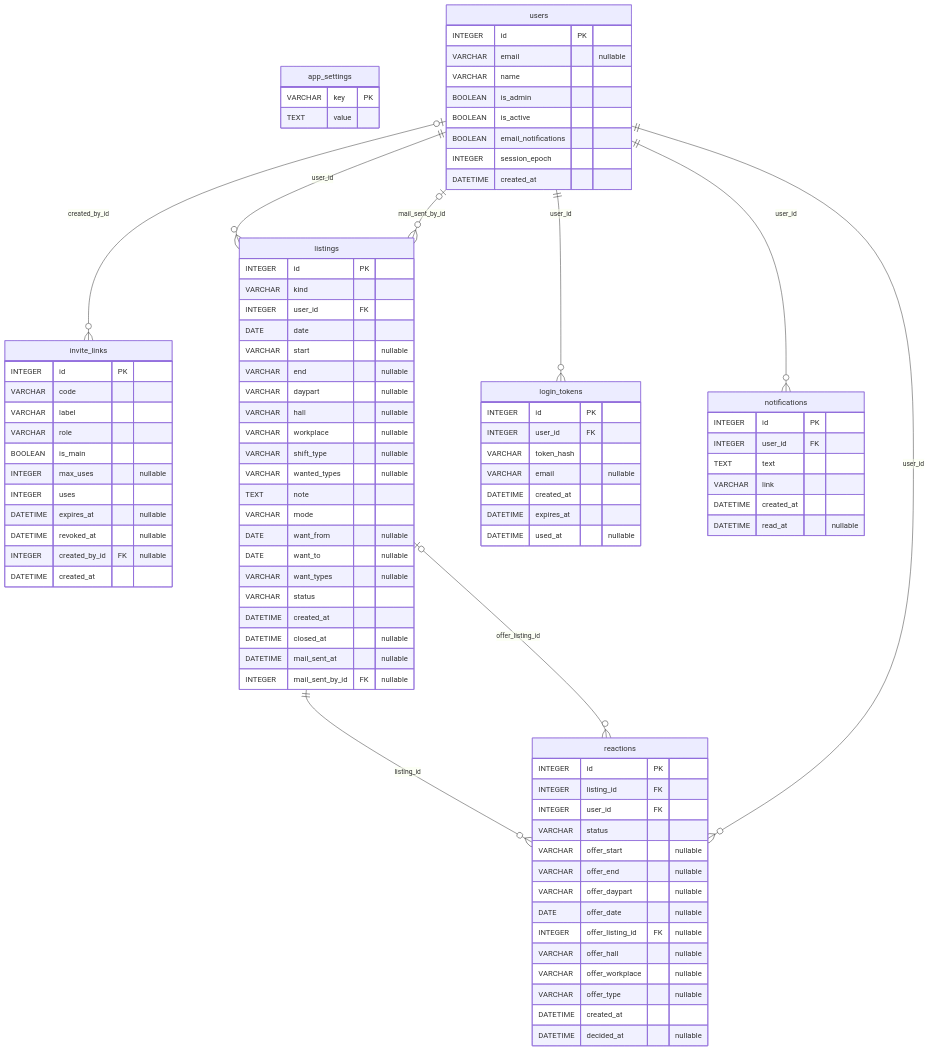
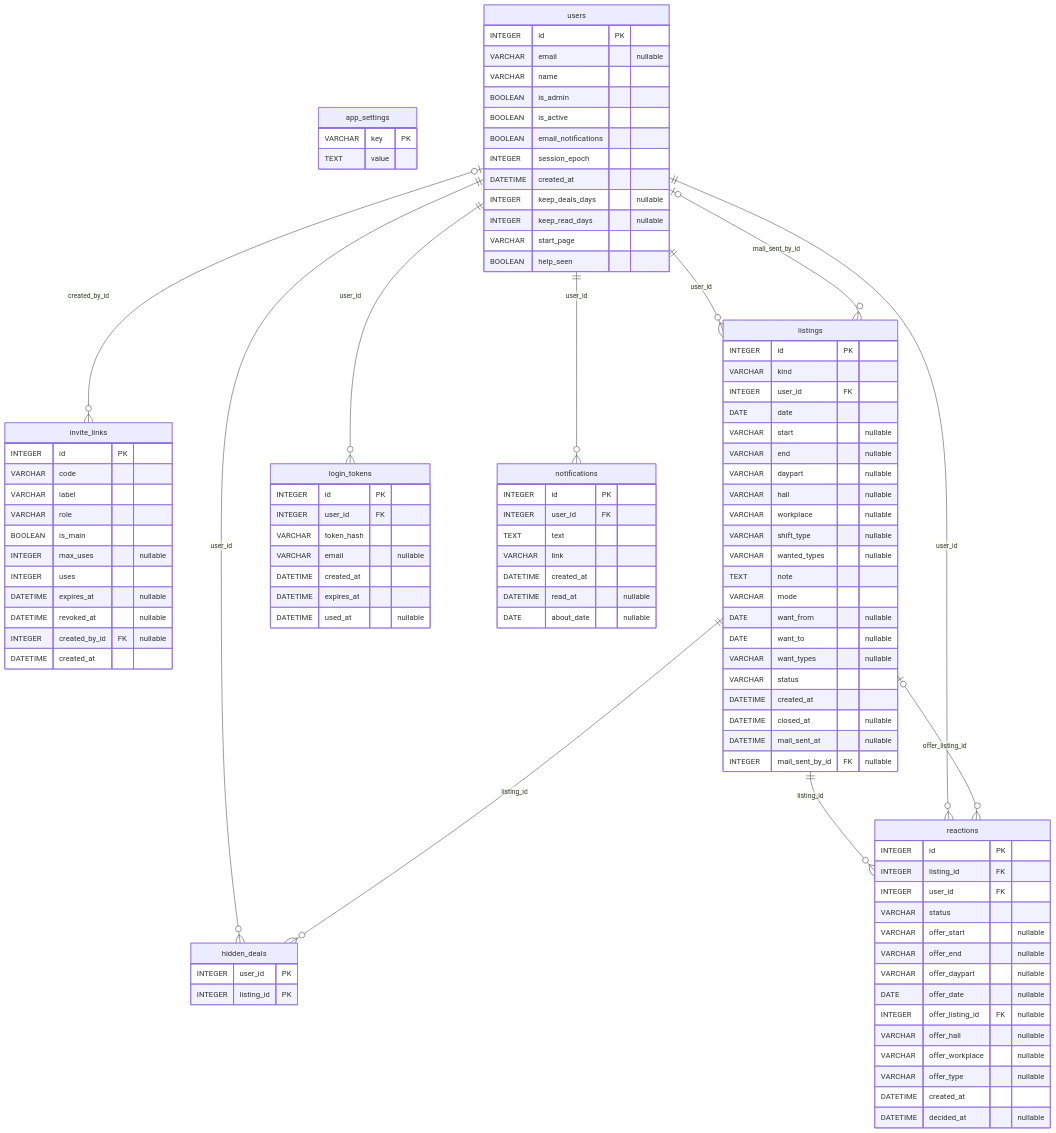
Before and after one commit to cecedabro/ruilingen-portaal: the diagram in docs/erd.md, drawn with Mermaid. The commit also changed 29 other files, not shown here.

Commit message:
Auto-tidy old shifts, swaps and notifications; Profiel preferences; Help page; overnight shifts; 0.14.0

```diff
--- a/docs/erd.md
+++ b/docs/erd.md
@@ -20,6 +20,10 @@
         BOOLEAN email_notifications
         INTEGER session_epoch
         DATETIME created_at
+        INTEGER keep_deals_days "nullable"
+        INTEGER keep_read_days "nullable"
+        VARCHAR start_page
+        BOOLEAN help_seen
     }
     invite_links {
         INTEGER id PK
@@ -73,6 +77,11 @@
         VARCHAR link
         DATETIME created_at
         DATETIME read_at "nullable"
+        DATE about_date "nullable"
+    }
+    hidden_deals {
+        INTEGER user_id PK
+        INTEGER listing_id PK
     }
     reactions {
         INTEGER id PK
@@ -95,6 +104,8 @@
     users |o--o{ listings : "mail_sent_by_id"
     users ||--o{ login_tokens : "user_id"
     users ||--o{ notifications : "user_id"
+    users ||--o{ hidden_deals : "user_id"
+    listings ||--o{ hidden_deals : "listing_id"
     listings ||--o{ reactions : "listing_id"
     users ||--o{ reactions : "user_id"
     listings |o--o{ reactions : "offer_listing_id"
```
